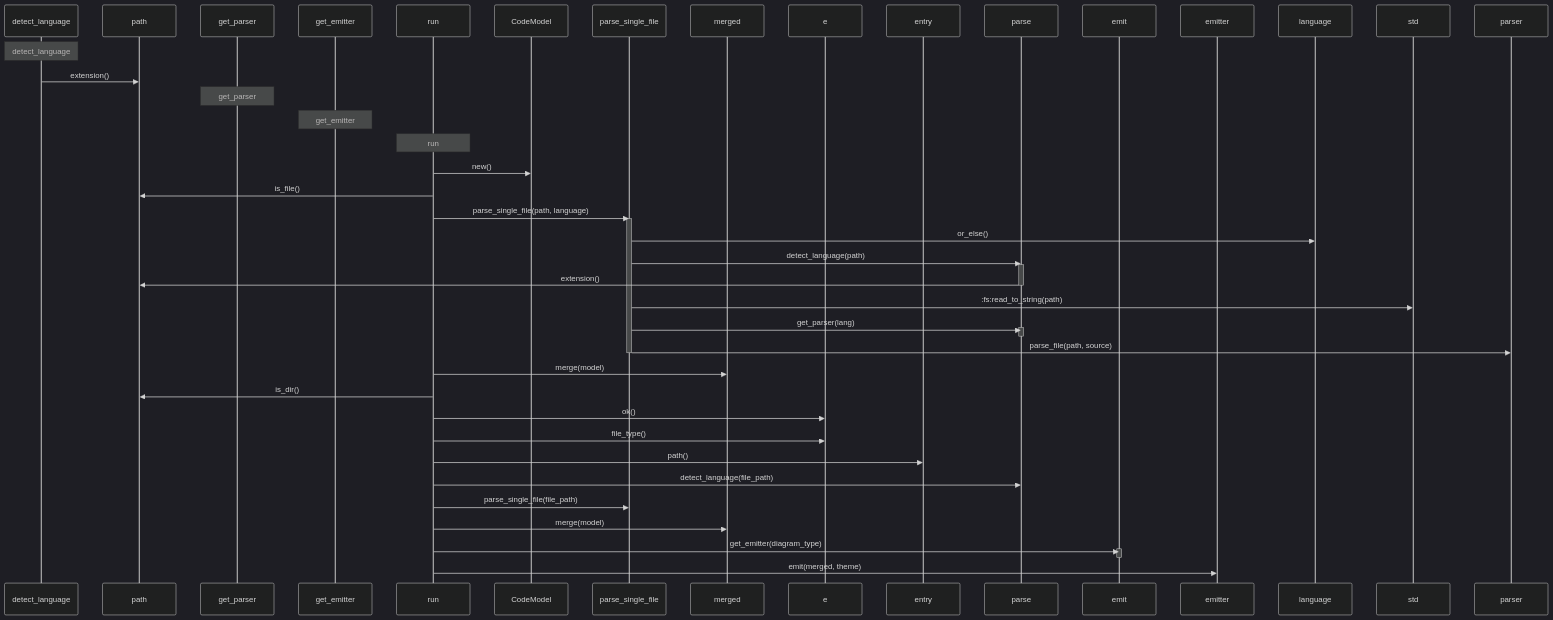
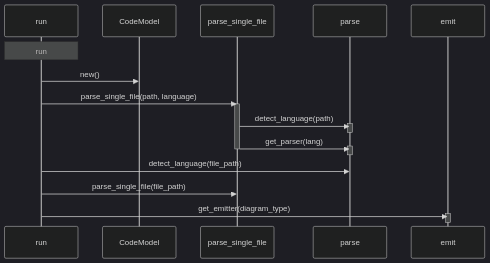
The diagram in docs/examples/sequence-diagram.mmd (goraxe/code-documenter), drawn with Mermaid before and after one commit. The commit also changed 1 other file, not shown here.

Commit message:
fix: entity-aware sequence diagram emission
Only emit calls where the target is a known entity or function from the
codebase. This filters out local variable method calls (path.is_file(),
merged.merge()), iterator calls (e.ok()), and stdlib calls (std::fs),
leaving only meaningful inter-component interactions.

```diff
--- a/docs/examples/sequence-diagram.mmd
+++ b/docs/examples/sequence-diagram.mmd
@@ -1,47 +1,23 @@
 %%{init: {'theme':'dark'}}%%
 sequenceDiagram
-    participant detect_language
-    participant path
-    participant get_parser
-    participant get_emitter
     participant run
     participant CodeModel
     participant parse_single_file
-    participant merged
-    participant e
-    participant entry
     participant parse
     participant emit
-    participant emitter
-    Note over detect_language: detect_language
-    detect_language->>path:extension()
-    Note over get_parser: get_parser
-    Note over get_emitter: get_emitter
     Note over run: run
     run->>CodeModel:new()
-    run->>path:is_file()
     run->>parse_single_file:parse_single_file(path, language)
     activate parse_single_file
-    parse_single_file->>language:or_else()
     parse_single_file->>parse:detect_language(path)
     activate parse
-    parse->>path:extension()
     deactivate parse
-    parse_single_file->>std::fs:read_to_string(path)
     parse_single_file->>parse:get_parser(lang)
     activate parse
     deactivate parse
-    parse_single_file->>parser:parse_file(path, source)
     deactivate parse_single_file
-    run->>merged:merge(model)
-    run->>path:is_dir()
-    run->>e:ok()
-    run->>e:file_type()
-    run->>entry:path()
     run->>parse:detect_language(file_path)
     run->>parse_single_file:parse_single_file(file_path)
-    run->>merged:merge(model)
     run->>emit:get_emitter(diagram_type)
     activate emit
     deactivate emit
-    run->>emitter:emit(merged, theme)
```
